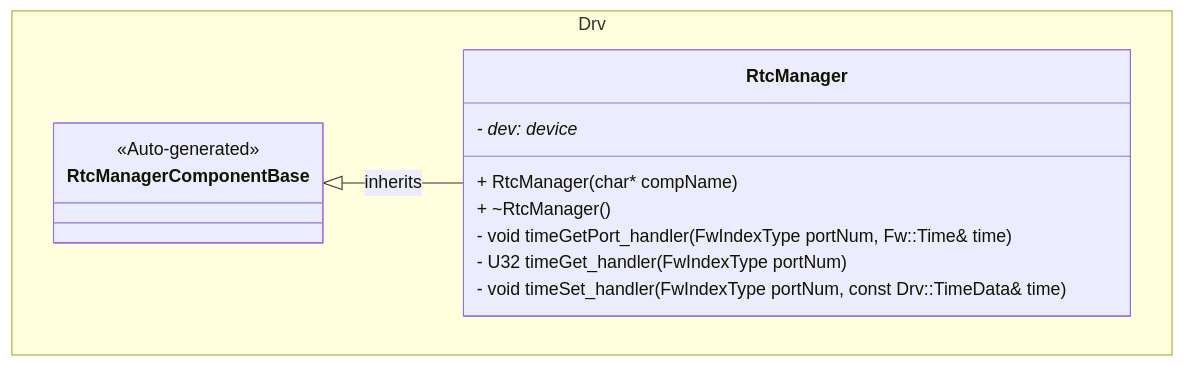
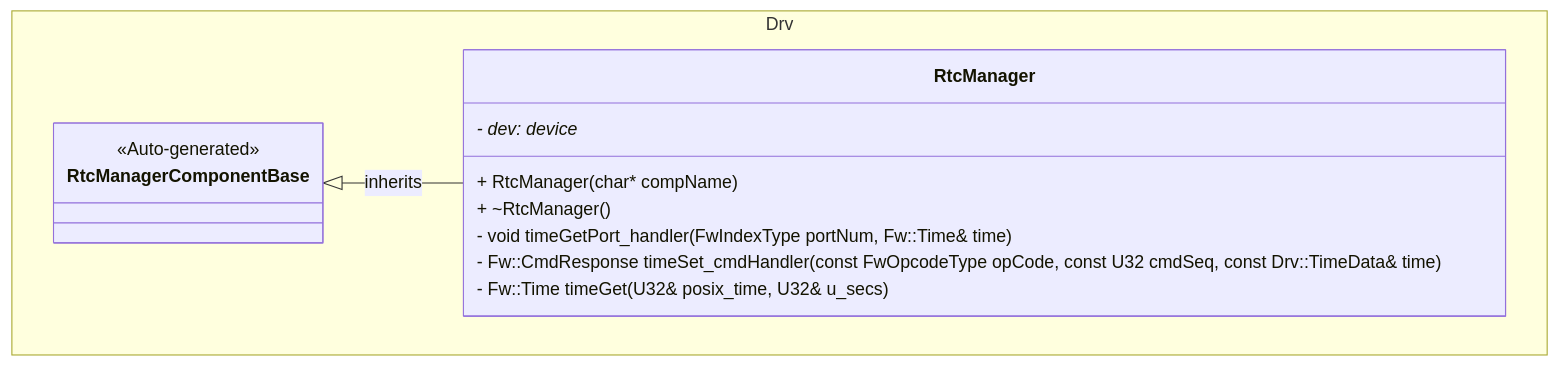
The first of 6 diagrams in FprimeZephyrReference/Components/Drv/RtcManager/docs/sdd.md (Open-Source-Space-Foundation/proves-core-reference), drawn with Mermaid before and after one commit. The commit also changed other lines of this file and 2 other files, not shown here.

````diff
--- a/FprimeZephyrReference/Components/Drv/RtcManager/docs/sdd.md
+++ b/FprimeZephyrReference/Components/Drv/RtcManager/docs/sdd.md
@@ -51,17 +57,17 @@
 ```mermaid
 classDiagram
     namespace Drv {
         class RtcManagerComponentBase {
             <<Auto-generated>>
         }
         class RtcManager {
             - dev: device*
             + RtcManager(char* compName)
             + ~RtcManager()
             - void timeGetPort_handler(FwIndexType portNum, Fw::Time& time)
-            - U32 timeGet_handler(FwIndexType portNum)
-            - void timeSet_handler(FwIndexType portNum, const Drv::TimeData& time)
+            - Fw::CmdResponse timeSet_cmdHandler(const FwOpcodeType opCode, const U32 cmdSeq, const Drv::TimeData& time)
+            - Fw::Time timeGet(U32& posix_time, U32& u_secs)
         }
     }
     RtcManagerComponentBase <|-- RtcManager : inherits
 ```
````
